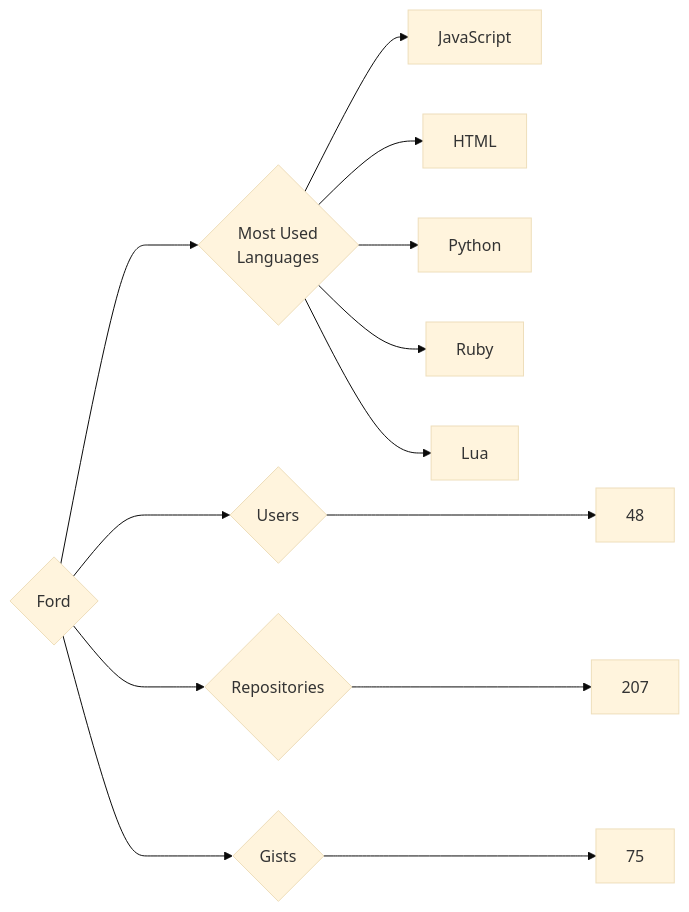
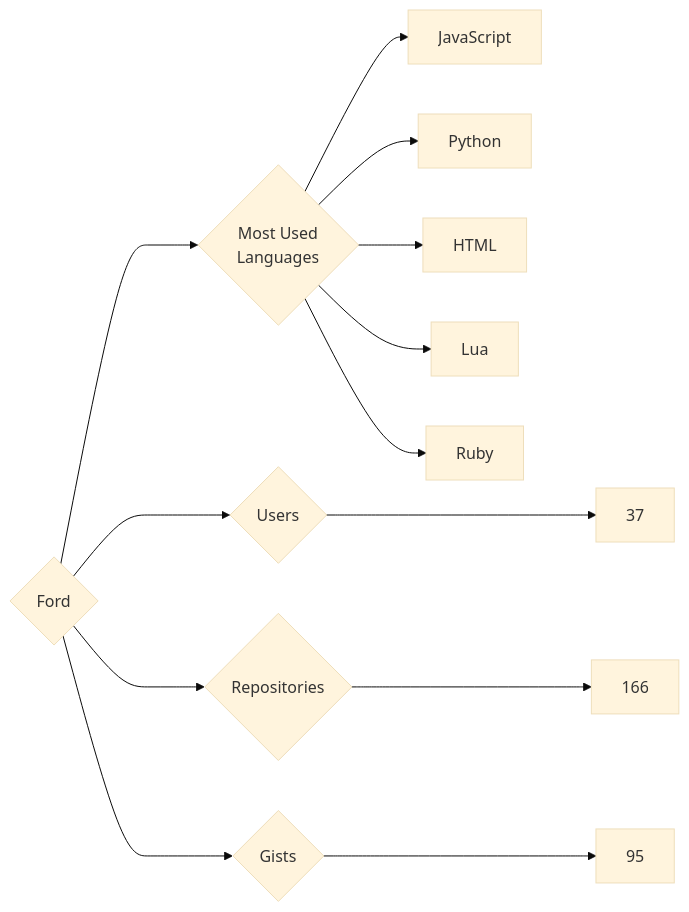
Before and after one commit to trickest/insiders: the diagram in targets/Ford/README.md, drawn with Mermaid (base theme). The commit also changed 757 other files, not shown here.

````diff
--- a/targets/Ford/README.md
+++ b/targets/Ford/README.md
@@ -3,13 +3,13 @@
 ```mermaid
 graph LR
 COMPANY_NAME{Ford}
-COMPANY_NAME ---> U{Users} ---> UN[48]
-COMPANY_NAME ---> R{Repositories} ---> RN[207]
-COMPANY_NAME ---> G{Gists} ---> GN[75]
+COMPANY_NAME ---> U{Users} ---> UN[37]
+COMPANY_NAME ---> R{Repositories} ---> RN[166]
+COMPANY_NAME ---> G{Gists} ---> GN[95]
 COMPANY_NAME ---> ML{Most Used<br>Languages}
 ML --> JavaScript[JavaScript]
+ML --> Python[Python]
 ML --> HTML[HTML]
-ML --> Python[Python]
+ML --> Lua[Lua]
 ML --> Ruby[Ruby]
-ML --> Lua[Lua]
 ```
````
